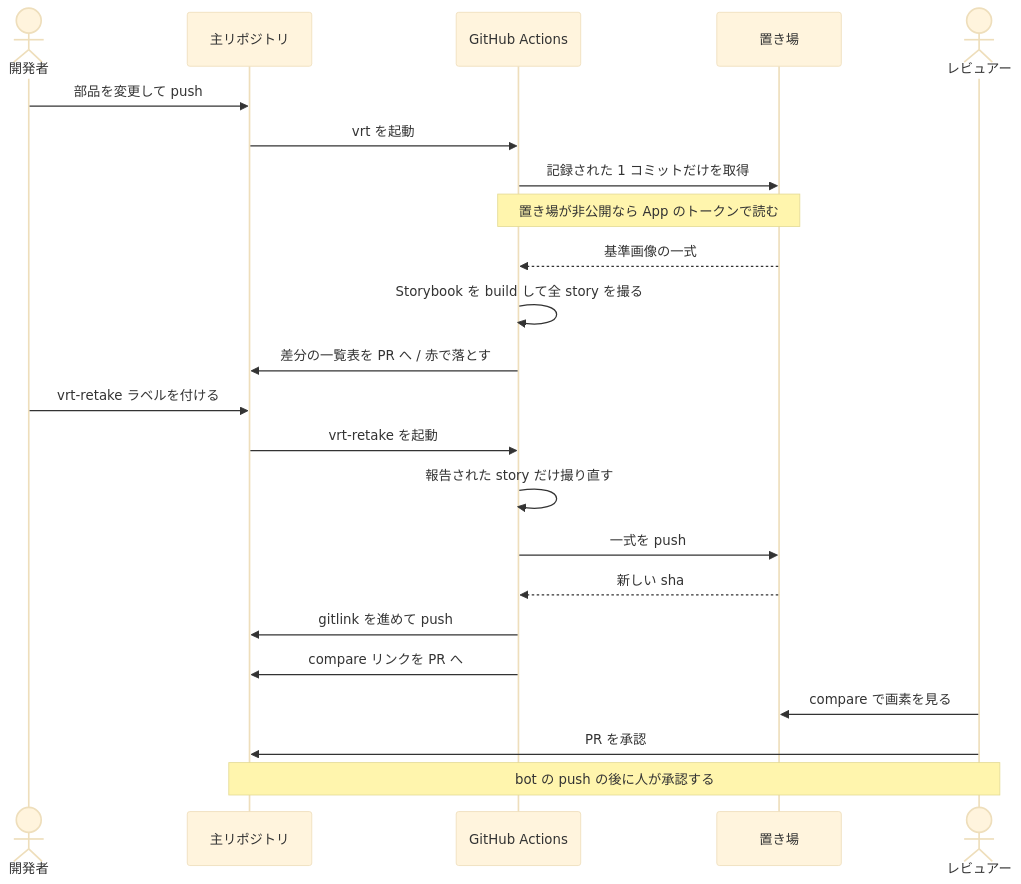
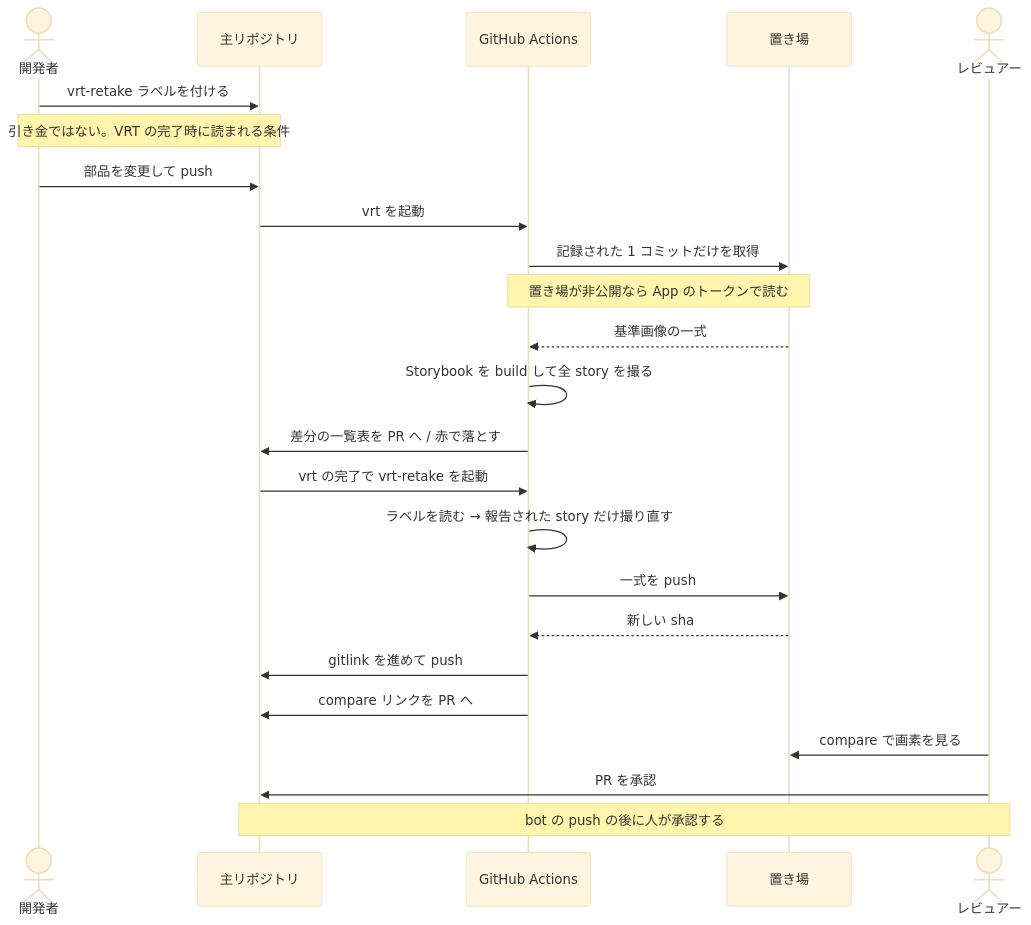
The second of 2 diagrams in docs/design/vrt.md (Tomy-ch/nextjs-boilerplate), drawn with Mermaid (base theme) before and after one commit. The commit also changed other lines of this file and 1 other file, not shown here.

Commit message:
Docs: vrt-retake ラベルの使い方を書く
ラベルは VRT の完了時に読まれる条件なので、終わってから付けても次の実行まで
効かない。付ける時機・付け忘れたときの再実行・緑のとき装填されたまま残ることを
使う側の手順として書く。

機構の側 (条件であること、消費の条件) は docs/design/vrt.md の不変条件へ。
図がラベルを引き金として描いていたので直す。

````diff
--- a/docs/design/vrt.md
+++ b/docs/design/vrt.md
@@ -63,28 +63,30 @@
 ```mermaid
 sequenceDiagram
     actor dev as 開発者
     participant main as 主リポジトリ
     participant gha as GitHub Actions
     participant store as 置き場
     actor rev as レビュアー
+
+    dev->>main: vrt-retake ラベルを付ける
+    Note over dev,main: 引き金ではない。VRT の完了時に読まれる条件
 
     dev->>main: 部品を変更して push
     main->>gha: vrt を起動
     gha->>store: 記録された 1 コミットだけを取得
     Note over gha,store: 置き場が非公開なら App のトークンで読む
     store-->>gha: 基準画像の一式
     gha->>gha: Storybook を build して全 story を撮る
     gha->>main: 差分の一覧表を PR へ / 赤で落とす
 
-    dev->>main: vrt-retake ラベルを付ける
-    main->>gha: vrt-retake を起動
-    gha->>gha: 報告された story だけ撮り直す
+    main->>gha: vrt の完了で vrt-retake を起動
+    gha->>gha: ラベルを読む → 報告された story だけ撮り直す
     gha->>store: 一式を push
     store-->>gha: 新しい sha
     gha->>main: gitlink を進めて push
     gha->>main: compare リンクを PR へ
 
     rev->>store: compare で画素を見る
     rev->>main: PR を承認
     Note over main,rev: bot の push の後に人が承認する
 ```
````
